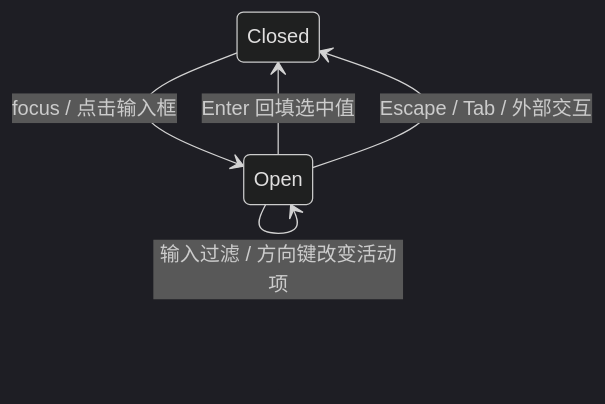
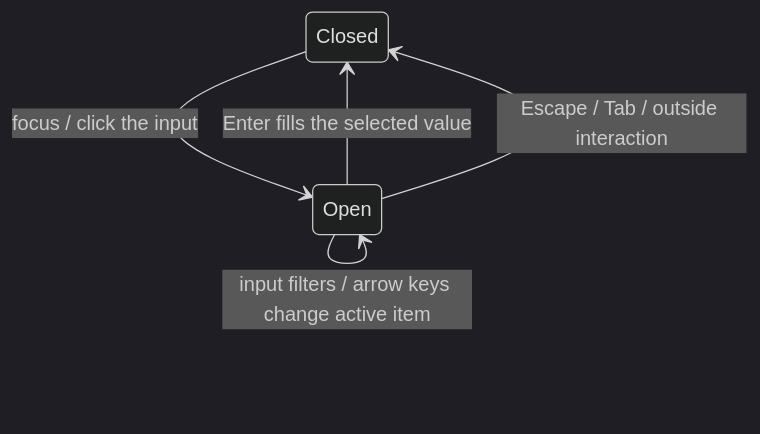
The second of 2 diagrams in docs/architecture/remote-device-connection-ux-spec.md (osben/ZCode), drawn with Mermaid (dark theme) before and after one commit. The commit also changed other lines of this file and 6 other files, not shown here.

````diff
--- a/docs/architecture/remote-device-connection-ux-spec.md
+++ b/docs/architecture/remote-device-connection-ux-spec.md
@@ -351,7 +354,7 @@
 ```mermaid
 stateDiagram-v2
-    Closed --> Open: focus / 点击输入框
-    Open --> Open: 输入过滤 / 方向键改变活动项
-    Open --> Closed: Enter 回填选中值
-    Open --> Closed: Escape / Tab / 外部交互
+    Closed --> Open: focus / click the input
+    Open --> Open: input filters / arrow keys change active item
+    Open --> Closed: Enter fills the selected value
+    Open --> Closed: Escape / Tab / outside interaction
 ```
````
